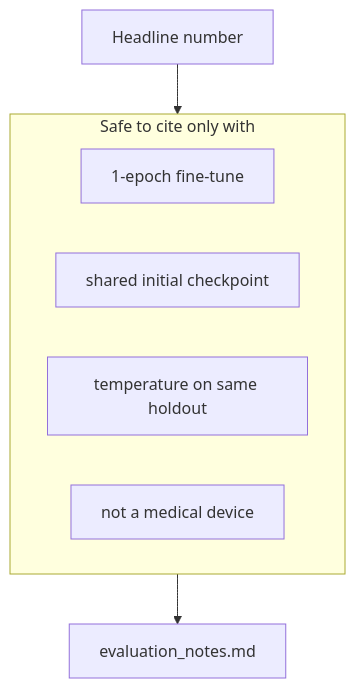
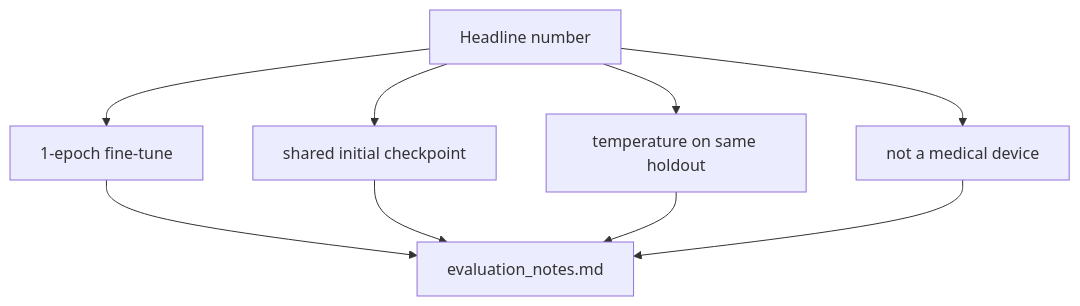
The first of 2 diagrams in docs/evaluation_notes.md (yskfuji/rsna-ich-reproducible-pipeline), drawn with Mermaid before and after one commit. The commit also changed other lines of this file and 34 other files, not shown here.

First line of the commit message:
docs: fix figure overflow with responsive PNG assets for GitHub

````diff
--- a/docs/evaluation_notes.md
+++ b/docs/evaluation_notes.md
@@ -21,11 +21,11 @@
 ```mermaid
 flowchart TB
-  subgraph cite [Safe to cite only with]
-    C1[1-epoch fine-tune]
-    C2[shared initial checkpoint]
-    C3[temperature on same holdout]
-    C4[not a medical device]
-  end
-  H[Headline number] --> cite
-  cite --> N[evaluation_notes.md]
+  H[Headline number] --> C1[1-epoch fine-tune]
+  H --> C2[shared initial checkpoint]
+  H --> C3[temperature on same holdout]
+  H --> C4[not a medical device]
+  C1 --> N[evaluation_notes.md]
+  C2 --> N
+  C3 --> N
+  C4 --> N
 ```
````
